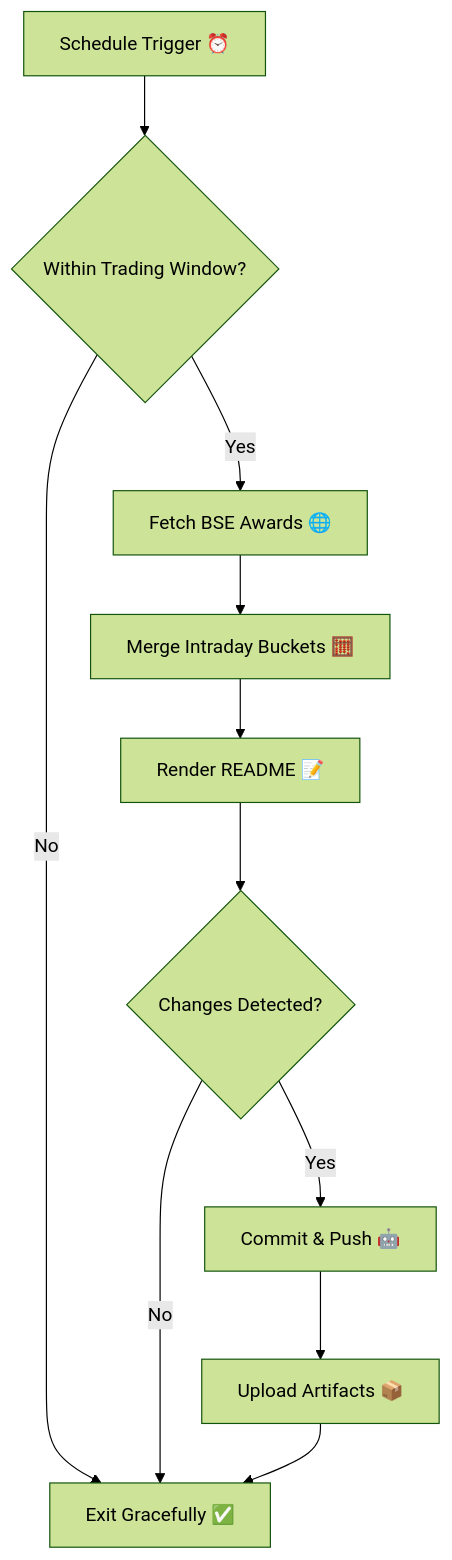
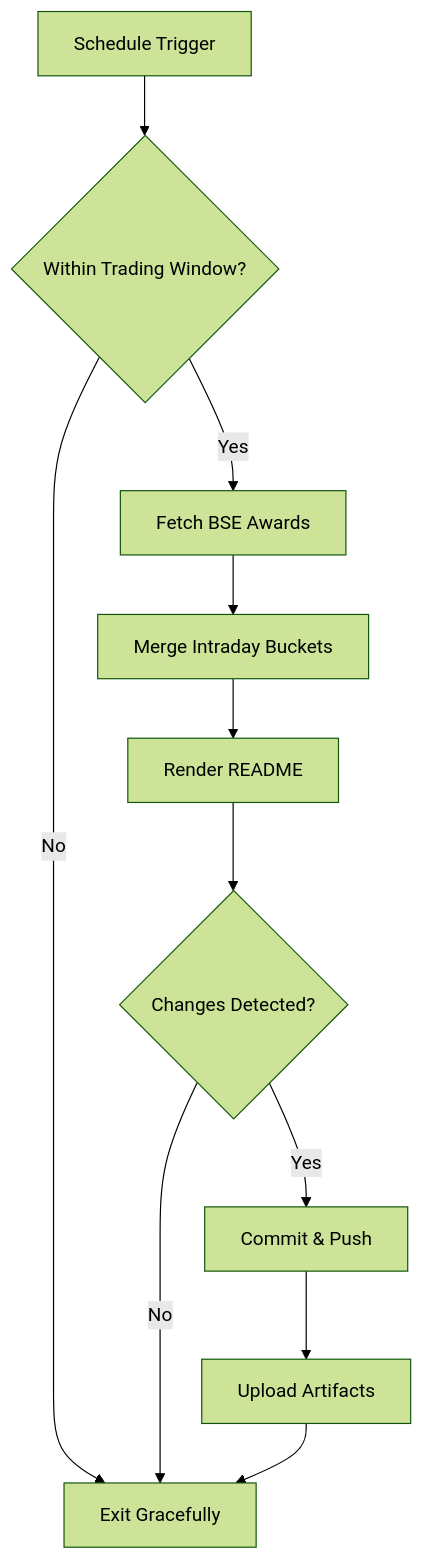
Before and after one commit to dextel2/bombay-duck: the diagram in README.md, drawn with Mermaid (forest theme). The commit also changed other lines of this file and 4 other files, not shown here.

````diff
--- a/README.md
+++ b/README.md
@@ -24,13 +40,13 @@
 ```mermaid
 flowchart TD
-  A[Schedule Trigger ⏰] --> B{Within Trading Window?}
-  B -- No --> Z[Exit Gracefully ✅]
-  B -- Yes --> C[Fetch BSE Awards 🌐]
-  C --> D[Merge Intraday Buckets 🧮]
-  D --> E[Render README 📝]
+  A[Schedule Trigger] --> B{Within Trading Window?}
+  B -- No --> Z[Exit Gracefully]
+  B -- Yes --> C[Fetch BSE Awards]
+  C --> D[Merge Intraday Buckets]
+  D --> E[Render README]
   E --> F{Changes Detected?}
   F -- No --> Z
-  F -- Yes --> G[Commit & Push 🤖]
-  G --> H[Upload Artifacts 📦]
+  F -- Yes --> G[Commit & Push]
+  G --> H[Upload Artifacts]
   H --> Z
 ```
````
